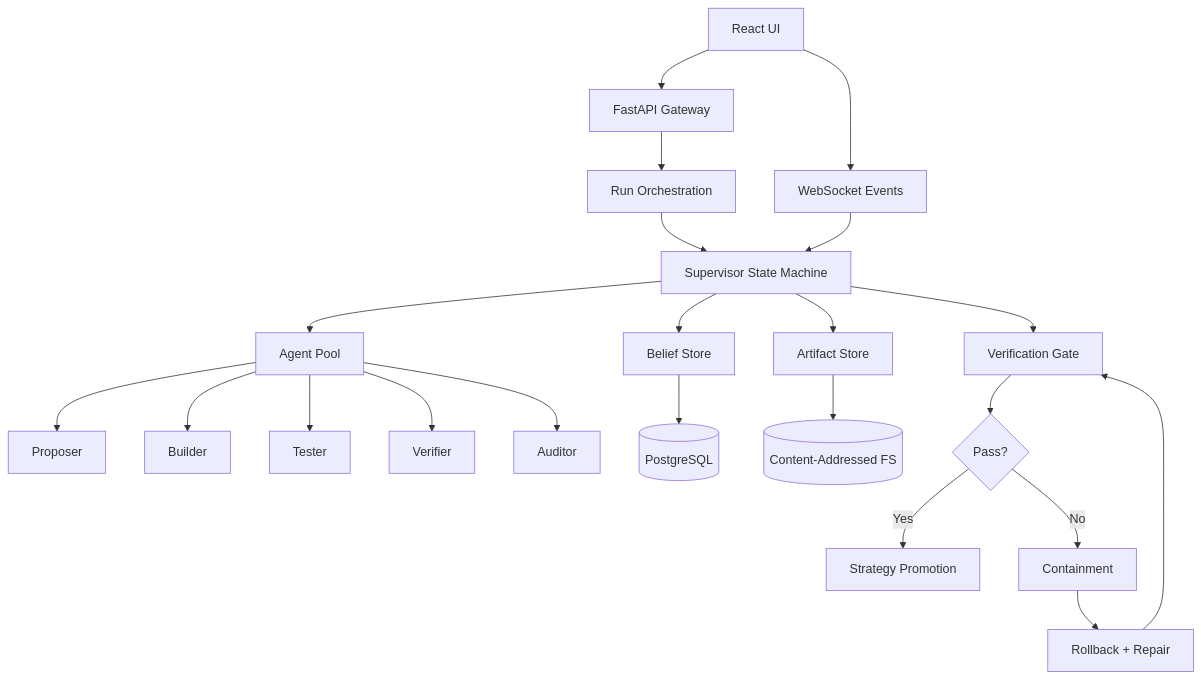
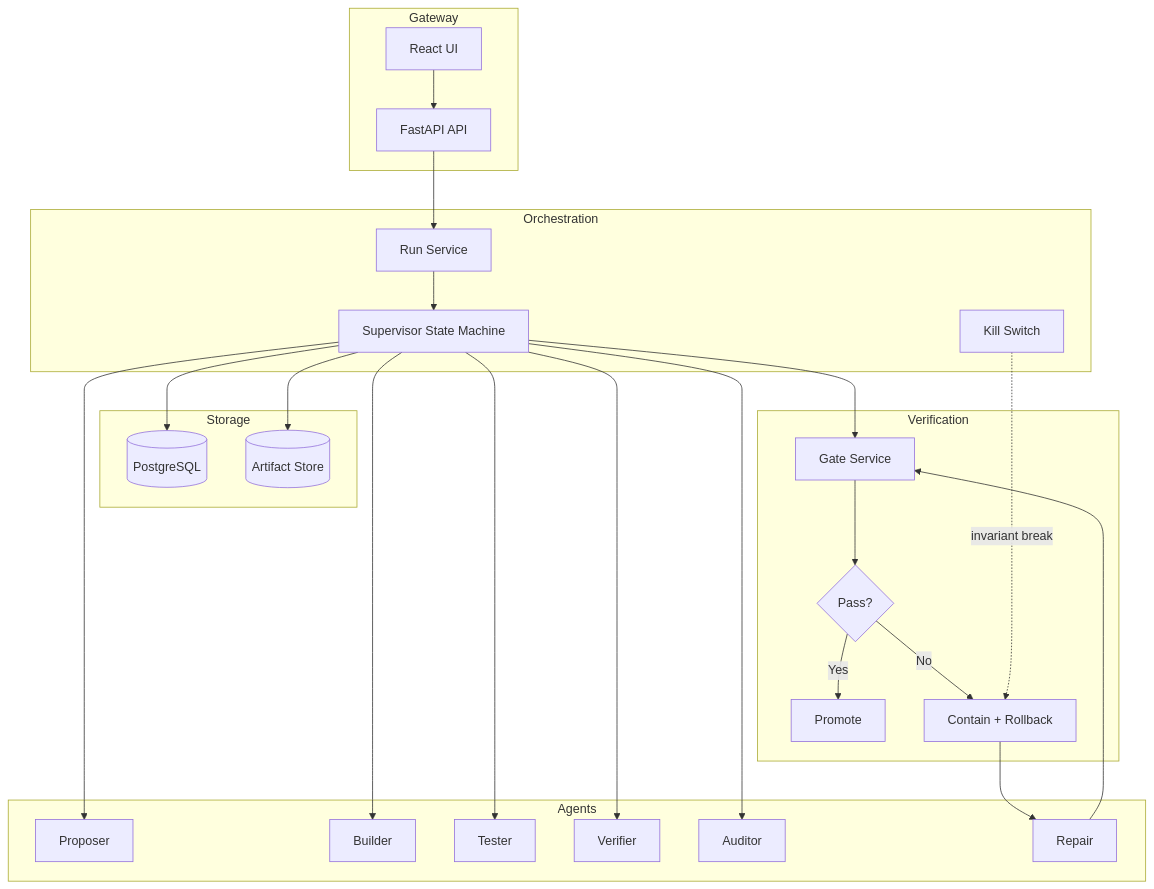
One commit to Aftermath-Technologies-Ltd/ironroot changed the diagram in README.md. Above: the diagram before and after it, drawn with Mermaid. The commit also changed other lines of this file, not shown here.

````diff
--- a/README.md
+++ b/README.md
@@ -24,29 +32,48 @@
 ```mermaid
 graph TD
-    A[FastAPI Gateway] --> B[Run Orchestration]
-    B --> C[Supervisor State Machine]
-    
-    C --> D[Agent Pool]
-    D --> E[Proposer]
-    D --> F[Builder]
-    D --> G[Tester]
-    D --> H[Verifier]
-    D --> I[Auditor]
-    
-    C --> J[Belief Store]
-    J --> K[(PostgreSQL)]
-    
-    C --> L[Artifact Store]
-    L --> M[(Content-Addressed FS)]
-    
-    C --> N[Verification Gate]
-    N --> O{Pass?}
-    O -->|Yes| P[Strategy Promotion]
-    O -->|No| Q[Containment]
-    Q --> R[Rollback + Repair]
-    R --> N
-    
-    S[React UI] --> A
-    S --> T[WebSocket Events]
-    T --> C
+    subgraph Gateway
+        A[FastAPI API]
+        S[React UI]
+    end
+
+    subgraph Orchestration
+        B[Run Service]
+        C[Supervisor State Machine]
+        K[Kill Switch]
+    end
+
+    subgraph Agents
+        D[Proposer]
+        E[Builder]
+        F[Tester]
+        G[Verifier]
+        H[Auditor]
+        I[Repair]
+    end
+
+    subgraph Storage
+        J[(PostgreSQL)]
+        L[(Artifact Store)]
+    end
+
+    subgraph Verification
+        N[Gate Service]
+        O{Pass?}
+        P[Promote]
+        Q[Contain + Rollback]
+    end
+
+    A --> B
+    S --> A
+    B --> C
+    C --> D & E & F & G & H
+    C --> J
+    C --> L
+    C --> N
+    N --> O
+    O -->|Yes| P
+    O -->|No| Q
+    Q --> I
+    I --> N
+    K -.->|invariant break| Q
 ```
````
